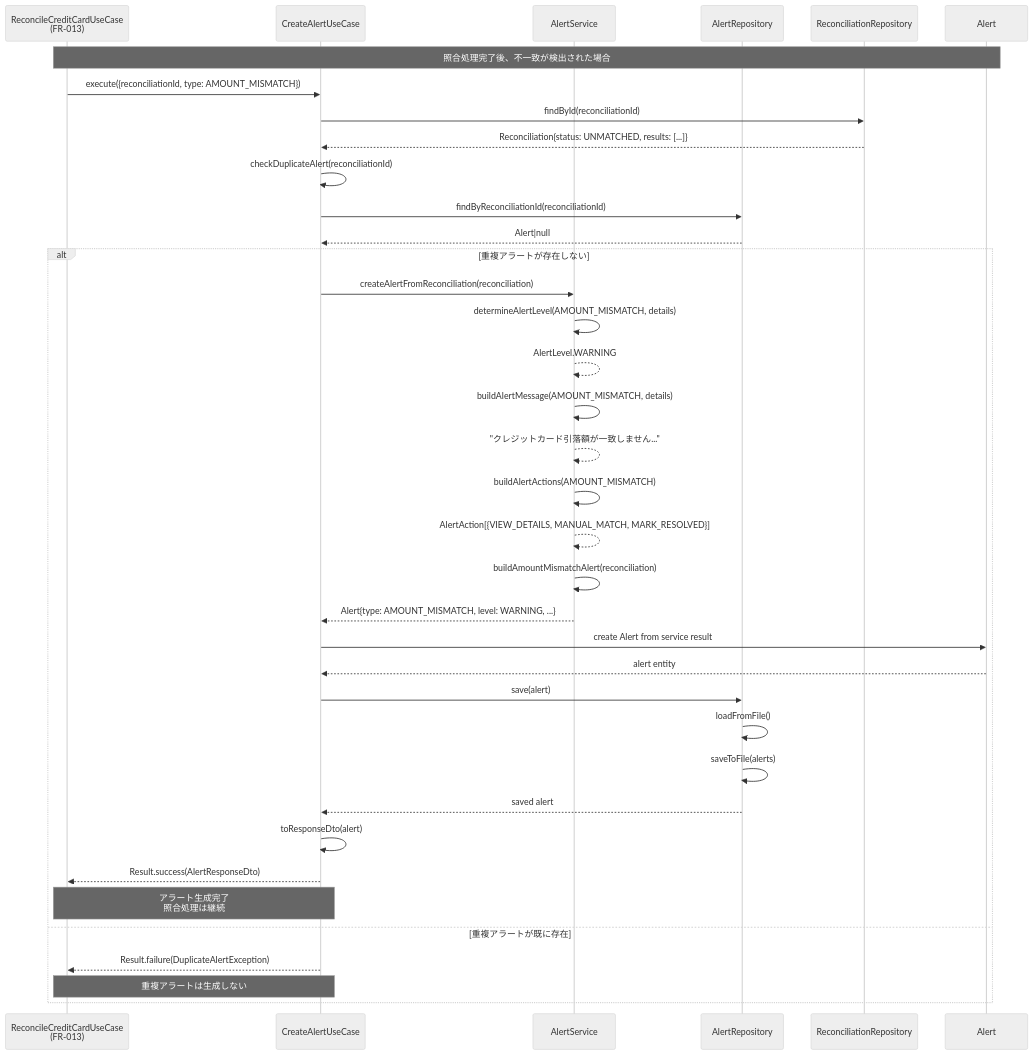
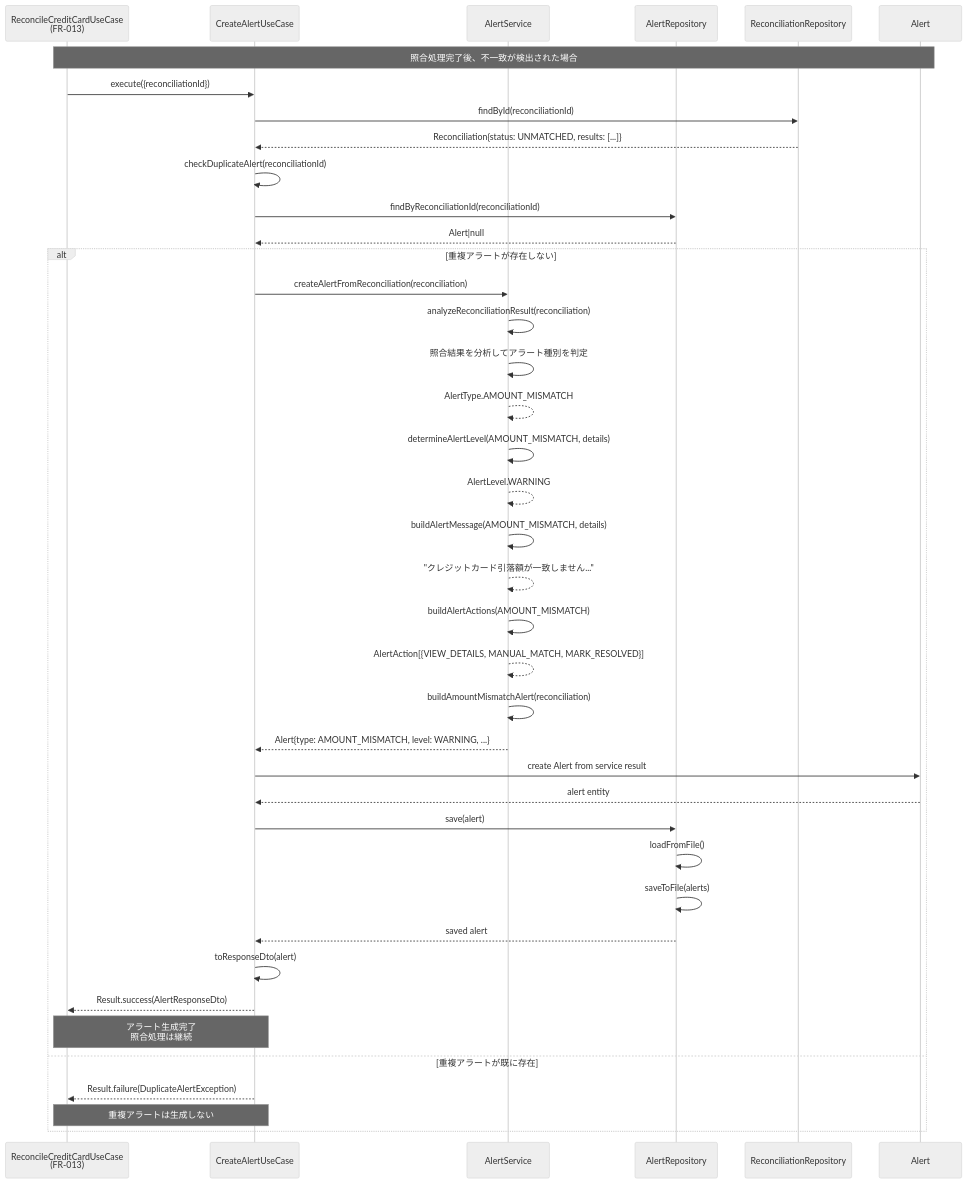
Before and after one commit to kencom2400/account-book: the first of 8 diagrams in docs/detailed-design/FR-015_inconsistency-alert/sequence-diagrams.md, drawn with Mermaid (neutral theme). The commit also changed other lines of this file and 3 other files, not shown here.

````diff
--- a/docs/detailed-design/FR-015_inconsistency-alert/sequence-diagrams.md
+++ b/docs/detailed-design/FR-015_inconsistency-alert/sequence-diagrams.md
@@ -35,53 +35,57 @@
 ```mermaid
 sequenceDiagram
     participant RC as ReconcileCreditCardUseCase<br/>(FR-013)
     participant CA as CreateAlertUseCase
     participant AS as AlertService
     participant AR as AlertRepository
     participant RR as ReconciliationRepository
     participant Entity as Alert
 
     Note over RC,Entity: 照合処理完了後、不一致が検出された場合
 
-    RC->>CA: execute({reconciliationId, type: AMOUNT_MISMATCH})
+    RC->>CA: execute({reconciliationId})
 
     CA->>RR: findById(reconciliationId)
     RR-->>CA: Reconciliation{status: UNMATCHED, results: [...]}
 
     CA->>CA: checkDuplicateAlert(reconciliationId)
     CA->>AR: findByReconciliationId(reconciliationId)
     AR-->>CA: Alert|null
 
     alt 重複アラートが存在しない
         CA->>AS: createAlertFromReconciliation(reconciliation)
+
+        AS->>AS: analyzeReconciliationResult(reconciliation)
+        AS->>AS: 照合結果を分析してアラート種別を判定
+        AS-->>AS: AlertType.AMOUNT_MISMATCH
 
         AS->>AS: determineAlertLevel(AMOUNT_MISMATCH, details)
         AS-->>AS: AlertLevel.WARNING
 
         AS->>AS: buildAlertMessage(AMOUNT_MISMATCH, details)
         AS-->>AS: "クレジットカード引落額が一致しません..."
 
         AS->>AS: buildAlertActions(AMOUNT_MISMATCH)
         AS-->>AS: AlertAction[{VIEW_DETAILS, MANUAL_MATCH, MARK_RESOLVED}]
 
         AS->>AS: buildAmountMismatchAlert(reconciliation)
         AS-->>CA: Alert{type: AMOUNT_MISMATCH, level: WARNING, ...}
 
         CA->>Entity: create Alert from service result
         Entity-->>CA: alert entity
 
         CA->>AR: save(alert)
         AR->>AR: loadFromFile()
         AR->>AR: saveToFile(alerts)
         AR-->>CA: saved alert
 
         CA->>CA: toResponseDto(alert)
         CA-->>RC: Result.success(AlertResponseDto)
 
         Note over CA,RC: アラート生成完了<br/>照合処理は継続
     else 重複アラートが既に存在
         CA-->>RC: Result.failure(DuplicateAlertException)
 
         Note over CA,RC: 重複アラートは生成しない
     end
 ```
````
